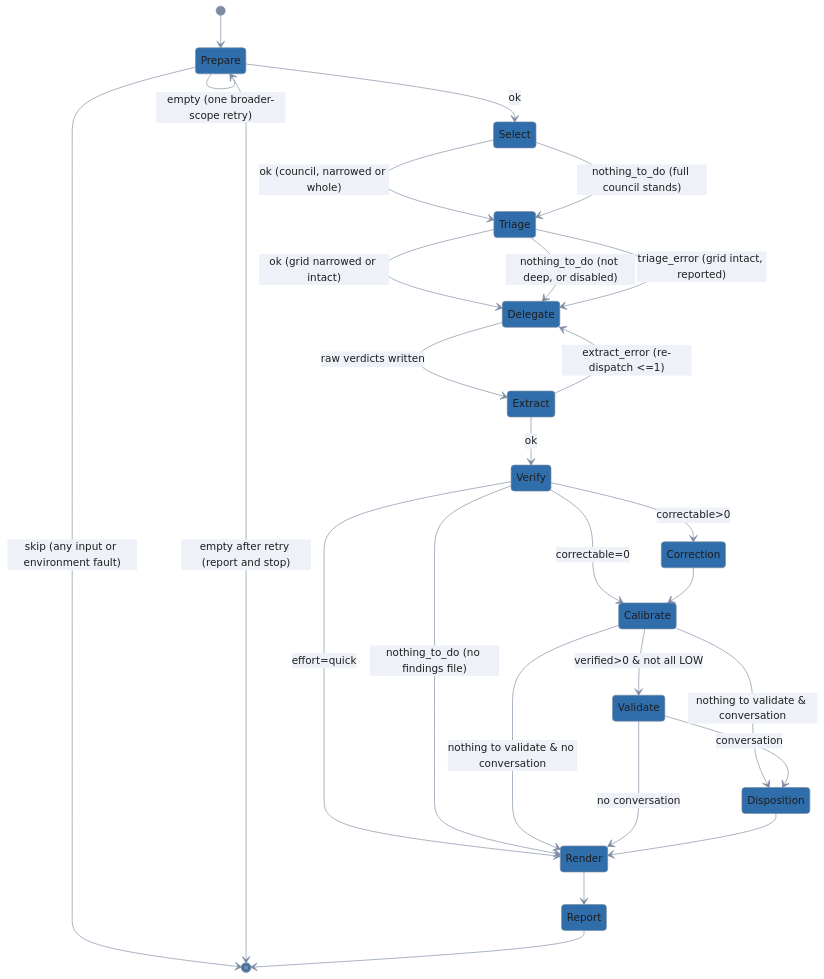
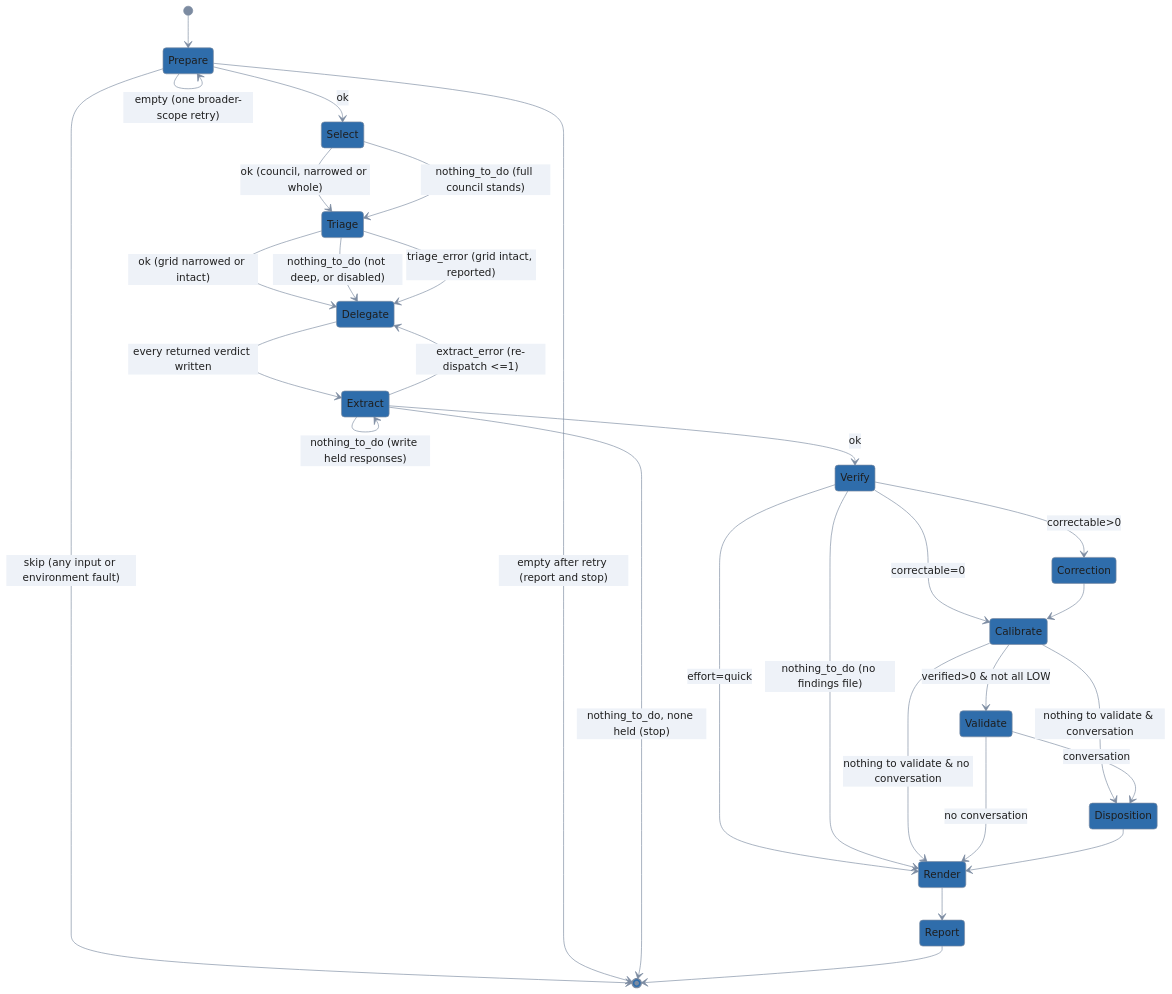
One commit to lolables/lola-mod-review-council changed the diagram in module/skills/review-council/SKILL.md. Above: the diagram before and after it, drawn with Mermaid. The commit also changed other lines of this file and 9 other files, not shown here.

````diff
--- a/module/skills/review-council/SKILL.md
+++ b/module/skills/review-council/SKILL.md
@@ -188,45 +188,47 @@
 ```mermaid
 %%{init: {'theme': 'base', 'themeVariables': {
   'primaryColor': '#2f6dab',
   'primaryTextColor': '#1e1e1e',
   'primaryBorderColor': '#7c8ba1',
   'lineColor': '#7c8ba1',
   'edgeLabelBackground': '#eef2f8',
   'tertiaryColor': 'transparent',
   'tertiaryTextColor': '#7c8ba1',
   'tertiaryBorderColor': '#7c8ba1',
   'clusterBkg': 'transparent',
   'clusterBorder': '#7c8ba1',
   'titleColor': '#7c8ba1',
   'noteBkgColor': '#eef2f8',
   'noteTextColor': '#1e1e1e',
   'fontFamily': 'system-ui, sans-serif'
 }, 'themeCSS': '.node .nodeLabel{color:#ffffff!important;fill:#ffffff!important;}'}}%%
 stateDiagram-v2
     [*] --> Prepare
     Prepare --> Select: ok
     Prepare --> [*]: skip (any input or environment fault)
     Prepare --> Prepare: empty (one broader-scope retry)
     Prepare --> [*]: empty after retry (report and stop)
     Select --> Triage: ok (council, narrowed or whole)
     Select --> Triage: nothing_to_do (full council stands)
     Triage --> Delegate: ok (grid narrowed or intact)
     Triage --> Delegate: nothing_to_do (not deep, or disabled)
     Triage --> Delegate: triage_error (grid intact, reported)
-    Delegate --> Extract: raw verdicts written
+    Delegate --> Extract: every returned verdict written
     Extract --> Delegate: extract_error (re-dispatch <=1)
+    Extract --> Extract: nothing_to_do (write held responses)
+    Extract --> [*]: nothing_to_do, none held (stop)
     Extract --> Verify: ok
     Verify --> Render: effort=quick
     Verify --> Render: nothing_to_do (no findings file)
     Verify --> Correction: correctable>0
     Verify --> Calibrate: correctable=0
     Correction --> Calibrate
     Calibrate --> Validate: verified>0 & not all LOW
     Calibrate --> Render: nothing to validate & no conversation
     Calibrate --> Disposition: nothing to validate & conversation
     Validate --> Render: no conversation
     Validate --> Disposition: conversation
     Disposition --> Render
     Render --> Report
     Report --> [*]
 ```
````
